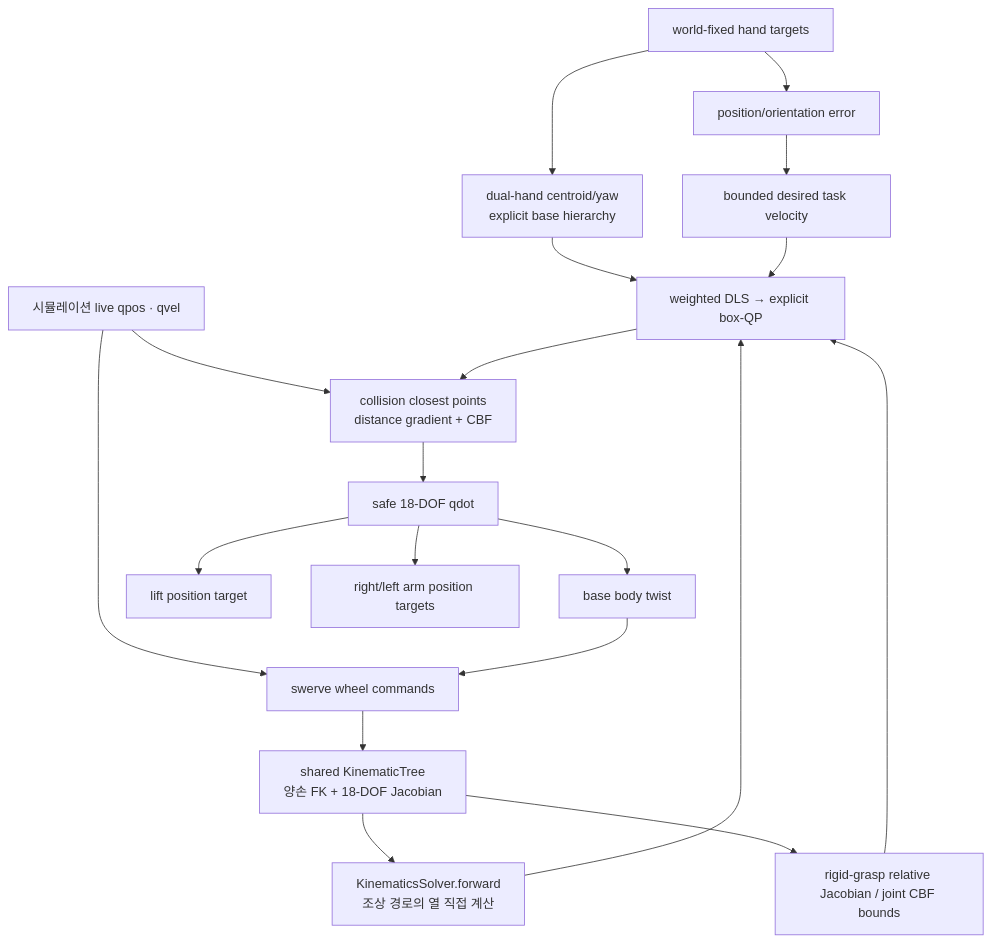
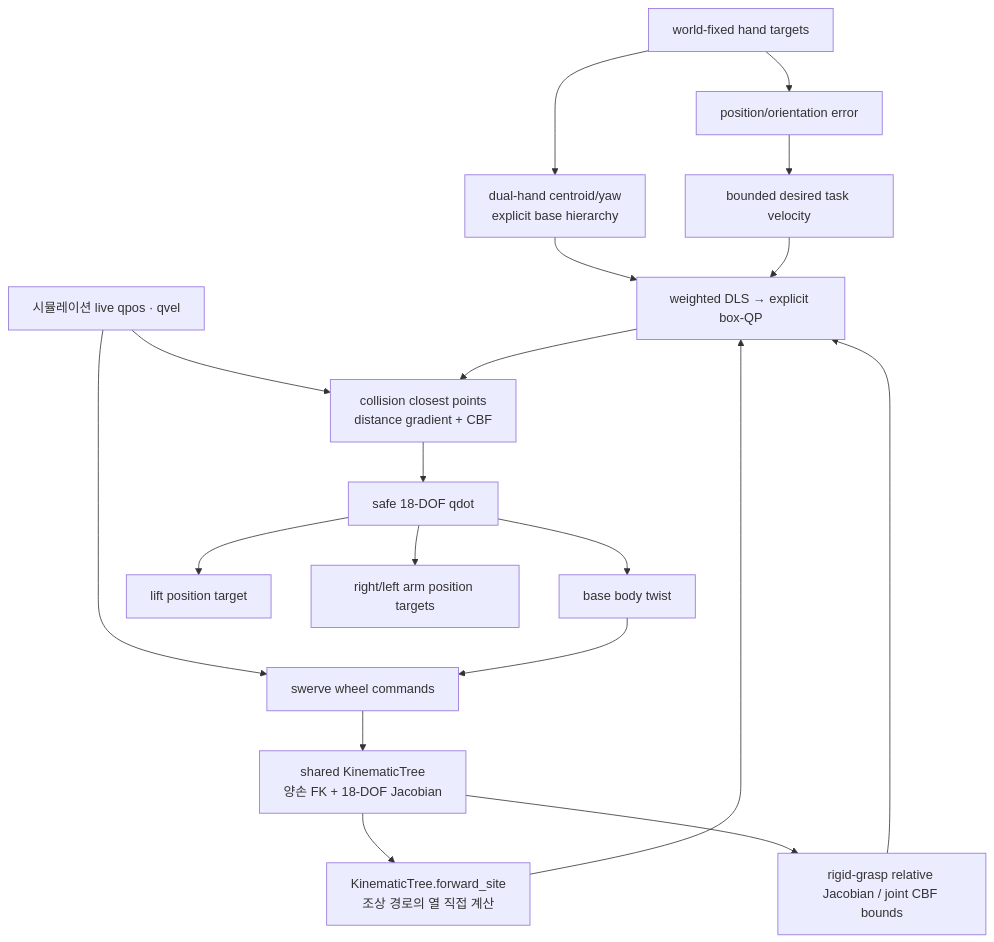
The fifth of 5 diagrams in docs/guide/whole_body_ik.md (Geonhee-LEE/aiworker-mj-lab), drawn with Mermaid before and after one commit. The commit also changed other lines of this file and 45 other files, not shown here.

````diff
--- a/docs/guide/whole_body_ik.md
+++ b/docs/guide/whole_body_ik.md
@@ -615,21 +620,21 @@
 ```mermaid
 flowchart TD
     T["world-fixed hand targets"] --> E["position/orientation error"]
     D["시뮬레이션 live qpos · qvel"] --> S["WholeBodyIK.site_state"]
     S --> K["shared KinematicTree<br>양손 FK + 18-DOF Jacobian"]
-    K --> J["KinematicsSolver.forward<br>조상 경로의 열 직접 계산"]
+    K --> J["KinematicTree.forward_site<br>조상 경로의 열 직접 계산"]
     E --> V["bounded desired task velocity"]
     J --> LS["weighted DLS → explicit box-QP"]
     T --> H["dual-hand centroid/yaw<br>explicit base hierarchy"]
     H --> LS
     K --> R["rigid-grasp relative Jacobian / joint CBF bounds"]
     R --> LS
     V --> LS
     D --> C["collision closest points<br>distance gradient + CBF"]
     LS --> C
     C --> Q["safe 18-DOF qdot"]
     Q --> B["base body twist"]
     Q --> L["lift position target"]
     Q --> A["right/left arm position targets"]
     B --> S["swerve wheel commands"]
 ```
````
